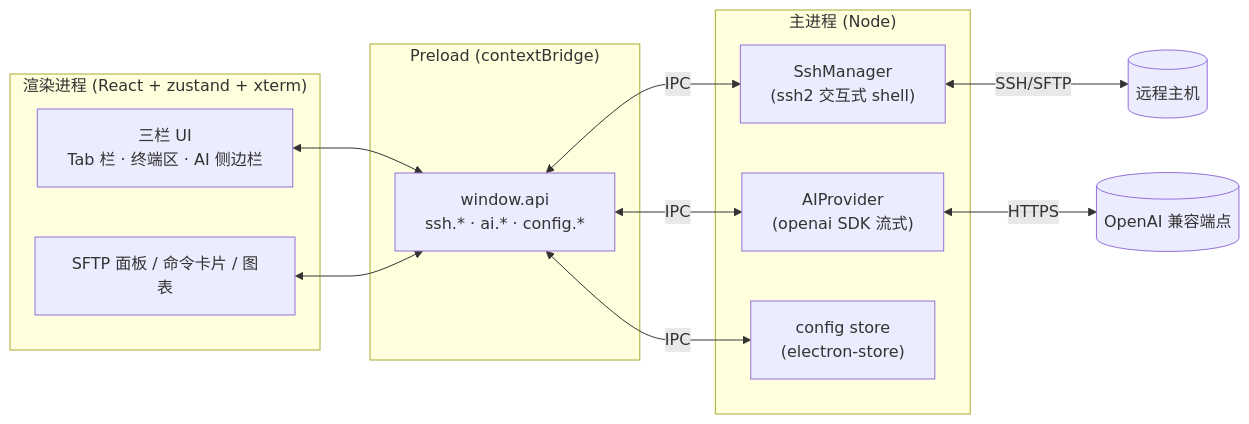
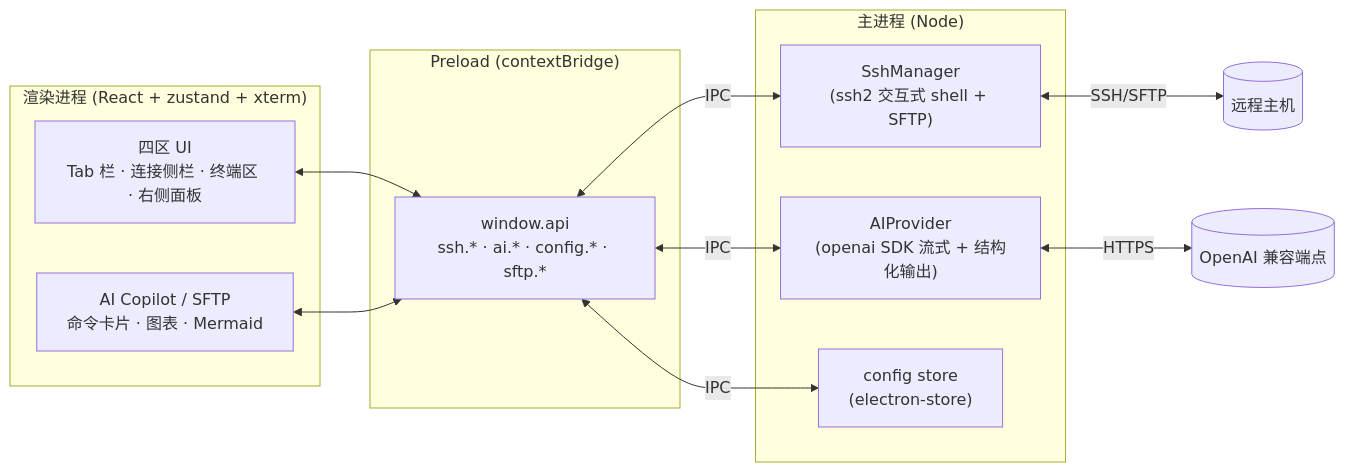
Before and after one commit to zackdlut/ai_ssh: the first of 3 diagrams in docs/slides.md, drawn with Mermaid. The commit also changed other lines of this file and 7 other files, not shown here.

````diff
--- a/docs/slides.md
+++ b/docs/slides.md
@@ -71,22 +100,22 @@
 ```mermaid {scale: 0.62}
 graph LR
   subgraph R["渲染进程 (React + zustand + xterm)"]
-    UI["三栏 UI<br/>Tab 栏 · 终端区 · AI 侧边栏"]
-    SF["SFTP 面板 / 命令卡片 / 图表"]
+    UI["四区 UI<br/>Tab 栏 · 连接侧栏 · 终端区 · 右侧面板"]
+    PANEL["AI Copilot / SFTP<br/>命令卡片 · 图表 · Mermaid"]
   end
   subgraph P["Preload (contextBridge)"]
-    API["window.api<br/>ssh.* · ai.* · config.*"]
+    API["window.api<br/>ssh.* · ai.* · config.* · sftp.*"]
   end
   subgraph M["主进程 (Node)"]
-    SSH["SshManager<br/>(ssh2 交互式 shell)"]
-    AI["AIProvider<br/>(openai SDK 流式)"]
+    SSH["SshManager<br/>(ssh2 交互式 shell + SFTP)"]
+    AI["AIProvider<br/>(openai SDK 流式 + 结构化输出)"]
     CFG["config store<br/>(electron-store)"]
   end
   UI <--> API
-  SF <--> API
+  PANEL <--> API
   API <-->|IPC| SSH
   API <-->|IPC| AI
   API <-->|IPC| CFG
   SSH <-->|SSH/SFTP| Host[("远程主机")]
   AI <-->|HTTPS| LLM[("OpenAI 兼容端点")]
 ```
````
